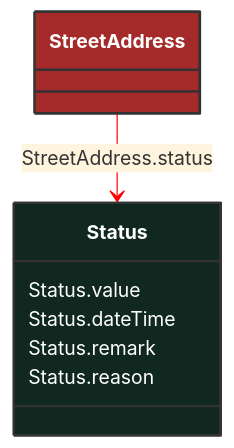
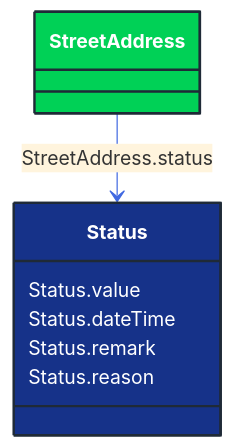
Before and after one commit to 3lbits/NoCIMExtensions: the diagram in docs/Models/Profiles/GeographicalLocation/ConcreteClasses/Status.md, drawn with Mermaid. The commit also changed 362 other files, not shown here.

First line of the commit message:
Update diagrams and styles for improved visual consistency

````diff
--- a/docs/Models/Profiles/GeographicalLocation/ConcreteClasses/Status.md
+++ b/docs/Models/Profiles/GeographicalLocation/ConcreteClasses/Status.md
@@ -8,20 +8,20 @@
 ```mermaid
-%%{init: {'theme':'base','themeVariables': {'lineColor': '#FF0000'}}}%%
+%%{init: {'theme':'base','themeVariables': {'lineColor': '#4169E1'}}}%%
 classDiagram
     class Status
     click Status href "/Models/Profiles/GeographicalLocation/ConcreteClasses/Status/"
-    style Status fill:#102820,stroke:#333,stroke-width:2px,rx:10,ry:10,color:white
+    style Status fill:#163289,stroke:#1F2A37,stroke-width:2px,rx:10,ry:10,color:white
 
 
         StreetAddress --> Status : StreetAddress.status
 
         StreetAddress
             click StreetAddress href "/Models/Profiles/GeographicalLocation/ConcreteClasses/StreetAddress/"
-            style StreetAddress fill:#A52A2A,stroke:#333,stroke-width:2px,rx:10,ry:10,color:white
+            style StreetAddress fill:#00D156,stroke:#1F2A37,stroke-width:2px,rx:10,ry:10,color:white
 
 
         Status : Status.value
         Status : Status.dateTime
         Status : Status.remark
         Status : Status.reason
 ```
````
